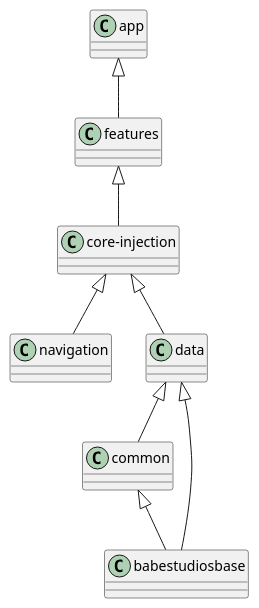
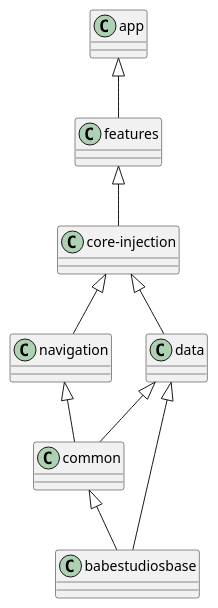
Before and after one commit to herrbert74/companies-house: the diagram in app/src/main/assets/Module dependencies.puml, drawn with PlantUML. The commit also changed 33 other files, not shown here.

```diff
--- a/app/src/main/assets/Module dependencies.puml
+++ b/app/src/main/assets/Module dependencies.puml
@@ -1,11 +1,12 @@
 @startuml
 
 app <|-- features
 features <|-- "core-injection"
 "core-injection" <|-- navigation
 "core-injection" <|-- data
 data <|-- common
+navigation <|-- common
 data <|-- babestudiosbase
 common <|-- babestudiosbase
 
 @enduml
```
